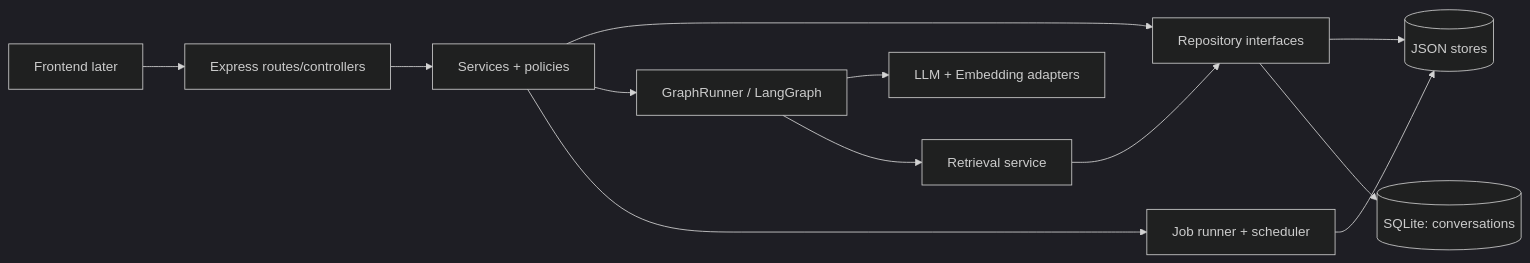
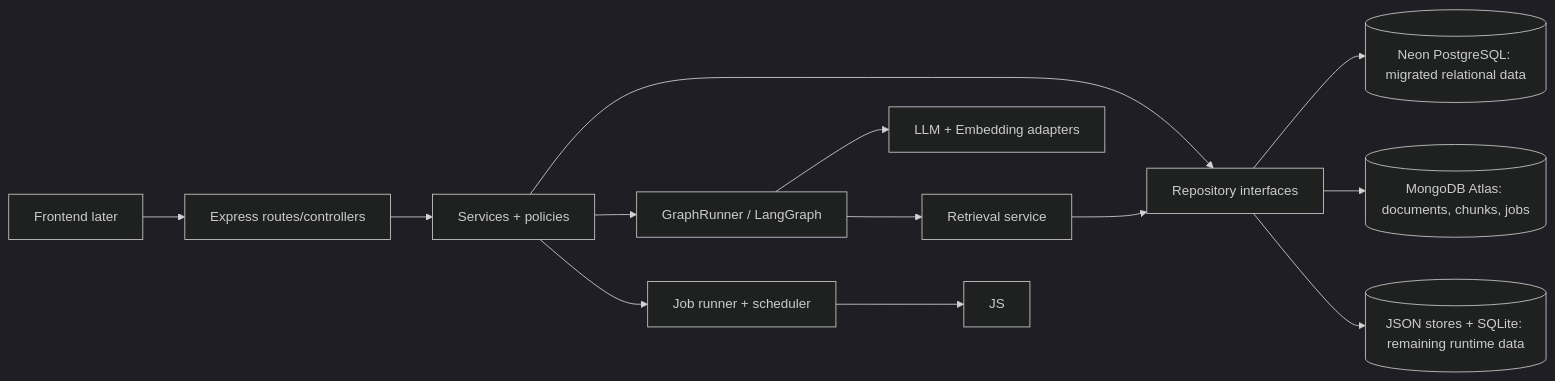
The first of 3 diagrams in backend-architecture (1).md (Nkululeko-data/ai-learning-assistant), drawn with Mermaid (dark theme) before and after one commit. The commit also changed other lines of this file and 86 other files, not shown here.

````diff
--- a/backend-architecture (1).md
+++ b/backend-architecture (1).md
@@ -615,14 +626,15 @@
 ```mermaid
 flowchart LR
   FE[Frontend later] --> API[Express routes/controllers]
   API --> SVC[Services + policies]
   SVC --> REPO[Repository interfaces]
-  REPO --> JS[(JSON stores)]
-  REPO --> SQL[(SQLite: conversations)]
+  REPO --> PG[(Neon PostgreSQL: migrated relational data)]
+  REPO --> MG[(MongoDB Atlas: documents, chunks, jobs)]
+  REPO --> LEGACY[(JSON stores + SQLite: remaining runtime data)]
   SVC --> GR[GraphRunner / LangGraph]
   GR --> PROV[LLM + Embedding adapters]
   GR --> RET[Retrieval service]
   RET --> REPO
   SVC --> JOBS[Job runner + scheduler]
   JOBS --> JS
 ```
````
